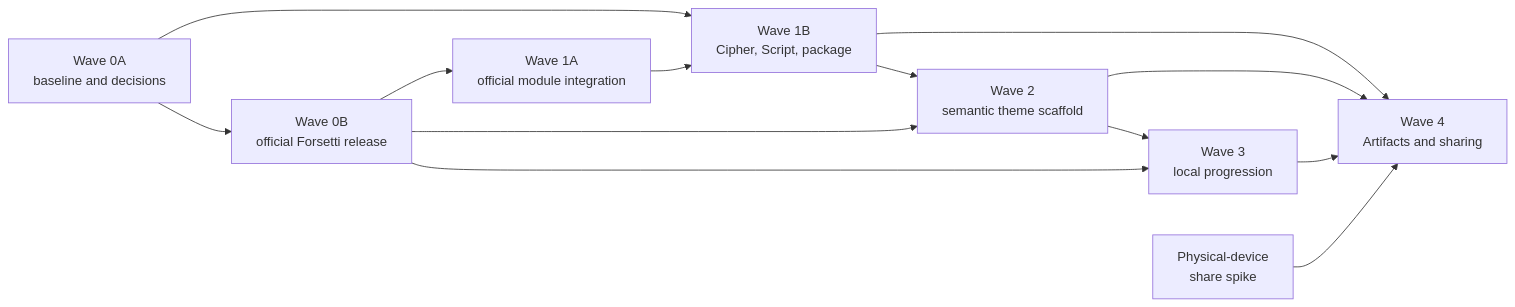
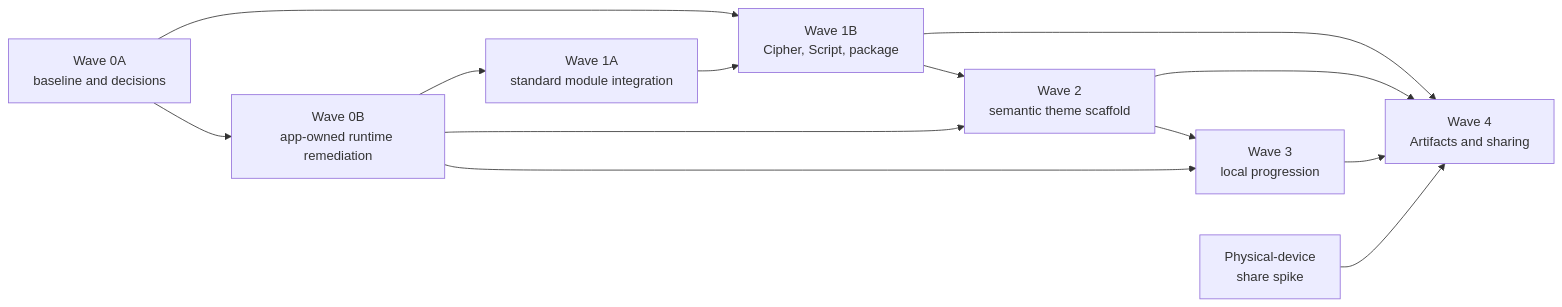
The diagram in docs/architecture/RoadmapAlignment.md (flynn33/rune-scribe), drawn with Mermaid before and after one commit. The commit also changed other lines of this file and 29 other files, not shown here.

````diff
--- a/docs/architecture/RoadmapAlignment.md
+++ b/docs/architecture/RoadmapAlignment.md
@@ -73,15 +65,15 @@
 ```mermaid
 flowchart LR
-    BAS["Wave 0A<br/>baseline and decisions"] --> FOR["Wave 0B<br/>official Forsetti release"]
+    BAS["Wave 0A<br/>baseline and decisions"] --> FOR["Wave 0B<br/>app-owned runtime remediation"]
     BAS --> DOM["Wave 1B<br/>Cipher, Script, package"]
-    FOR --> MOD["Wave 1A<br/>official module integration"]
+    FOR --> MOD["Wave 1A<br/>standard module integration"]
     MOD --> DOM
     DOM --> THM["Wave 2<br/>semantic theme scaffold"]
     FOR --> THM
     THM --> PRO["Wave 3<br/>local progression"]
     FOR --> PRO
     DOM --> SHR["Wave 4<br/>Artifacts and sharing"]
     THM --> SHR
     PRO --> SHR
     DEVICE["Physical-device<br/>share spike"] --> SHR
 ```
````
